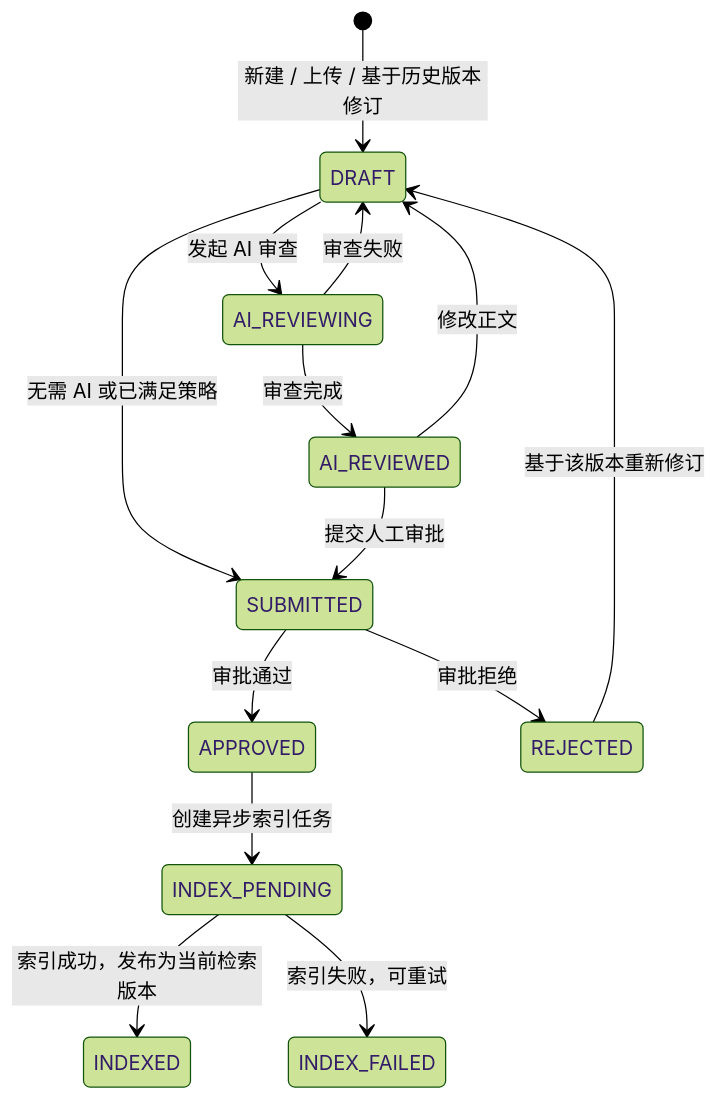
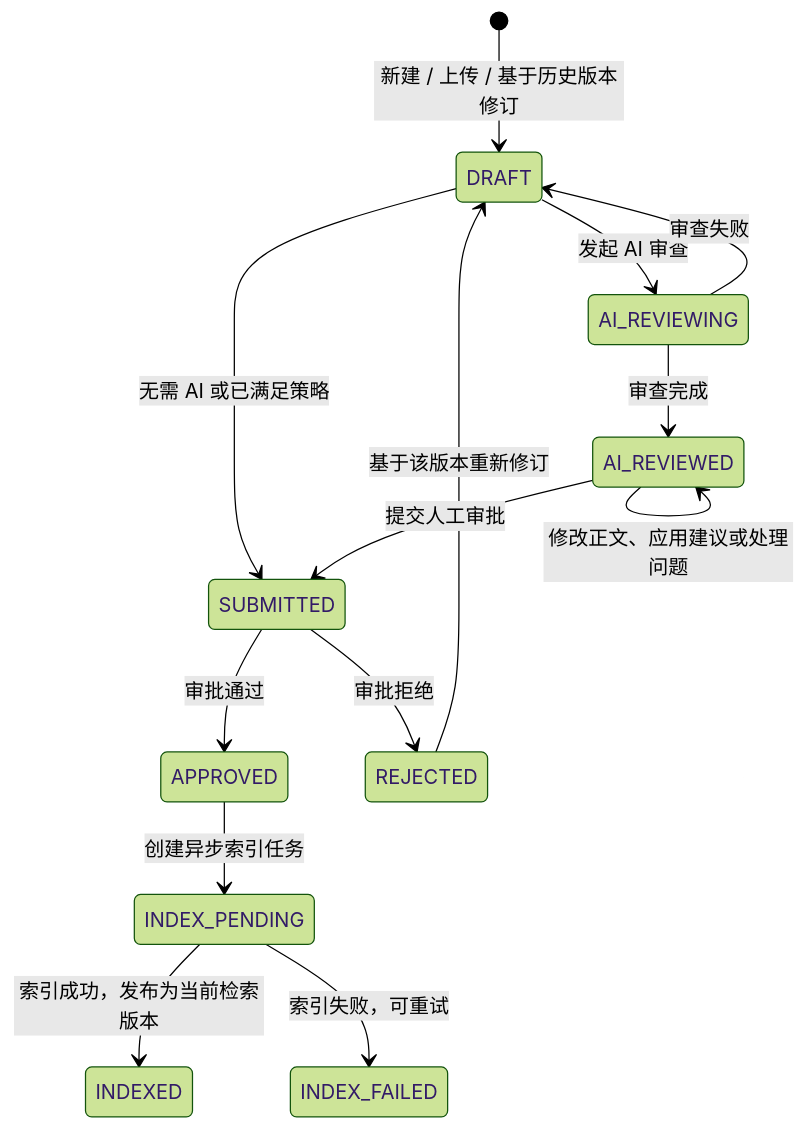
One commit to sunjin0/aether changed the diagram in docs/agent-platform/KNOWLEDGE_REVIEW_FRONTEND_INTEGRATION.md. Above: the diagram before and after it, drawn with Mermaid (forest theme). The commit also changed other lines of this file and 11 other files, not shown here.

````diff
--- a/docs/agent-platform/KNOWLEDGE_REVIEW_FRONTEND_INTEGRATION.md
+++ b/docs/agent-platform/KNOWLEDGE_REVIEW_FRONTEND_INTEGRATION.md
@@ -20,16 +20,16 @@
 ```mermaid
 stateDiagram-v2
   [*] --> DRAFT: 新建 / 上传 / 基于历史版本修订
   DRAFT --> AI_REVIEWING: 发起 AI 审查
   AI_REVIEWING --> AI_REVIEWED: 审查完成
   AI_REVIEWING --> DRAFT: 审查失败
-  AI_REVIEWED --> DRAFT: 修改正文
+  AI_REVIEWED --> AI_REVIEWED: 修改正文、应用建议或处理问题
   DRAFT --> SUBMITTED: 无需 AI 或已满足策略
   AI_REVIEWED --> SUBMITTED: 提交人工审批
   SUBMITTED --> APPROVED: 审批通过
   SUBMITTED --> REJECTED: 审批拒绝
   APPROVED --> INDEX_PENDING: 创建异步索引任务
   INDEX_PENDING --> INDEXED: 索引成功，发布为当前检索版本
   INDEX_PENDING --> INDEX_FAILED: 索引失败，可重试
   REJECTED --> DRAFT: 基于该版本重新修订
 ```
````
